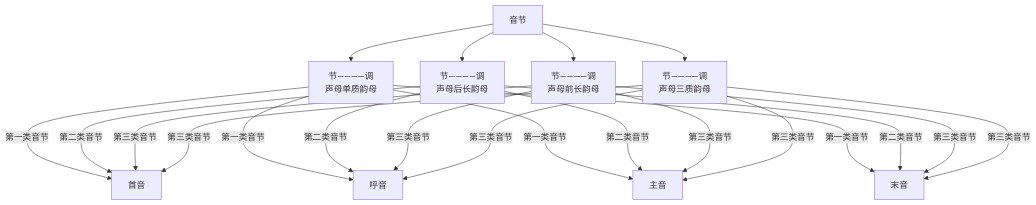
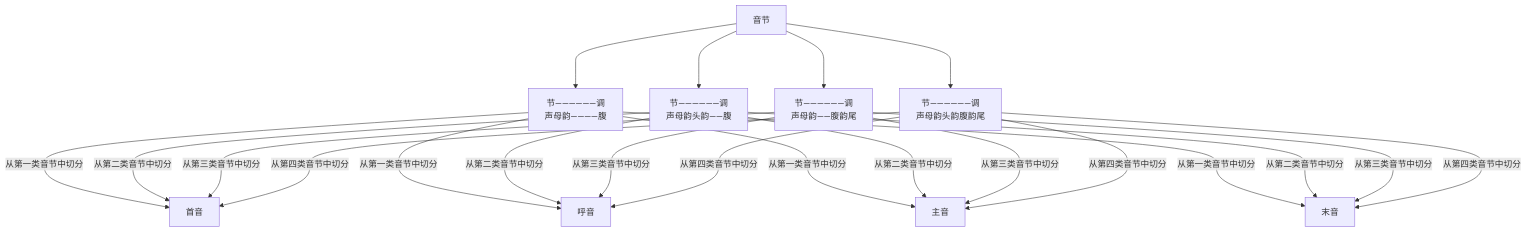
Before and after one commit to tsaanghwang/Yime-prototype: the diagram in YIME_Theory/flowchart/间接音元分析二式.mmd, drawn with Mermaid. The commit also changed 11 other files, not shown here.

```diff
--- a/YIME_Theory/flowchart/间接音元分析二式.mmd
+++ b/YIME_Theory/flowchart/间接音元分析二式.mmd
@@ -1,25 +1,25 @@
 graph TB
-    A[音节] --> B[节————调<br>声母单质韵母]
-    A --> C[节————调<br>声母后长韵母]
-    A --> D[节————调<br>声母前长韵母]
-    A --> E[节————调<br>声母三质韵母]
+    A[音节] ---> B[节——————调<br>声母韵————腹]
+    A ---> C[节——————调<br>声母韵头韵——腹]
+    A ---> D[节——————调<br>声母韵——腹韵尾]
+    A ---> E[节——————调<br>声母韵头韵腹韵尾]
 
-    B ---> |第一类音节|F[首音]
-    C ---> |第二类音节| F[首音]
-    D ---> |第三类音节| F[首音]
-    E ---> |第三类音节| F[首音]
+    B ---> |从第一类音节中切分|F[首音]
+    C ---> |从第二类音节中切分| F[首音]
+    D ---> |从第三类音节中切分| F[首音]
+    E ---> |从第四类音节中切分| F[首音]
 
-    B ---> |第一类音节|G[呼音]
-    C ---> |第二类音节| G[呼音]
-    D ---> |第三类音节| G[呼音]
-    E ---> |第三类音节| G[呼音]
+    B ---> |从第一类音节中切分|G[呼音]
+    C ---> |从第二类音节中切分| G[呼音]
+    D ---> |从第三类音节中切分| G[呼音]
+    E ---> |从第四类音节中切分| G[呼音]
 
-    B ---> |第一类音节|H[主音]
-    C ---> |第二类音节| H[主音]
-    D ---> |第三类音节| H[主音]
-    E ---> |第三类音节| H[主音]
+    B ---> |从第一类音节中切分| H[主音]
+    C ---> |从第二类音节中切分| H[主音]
+    D ---> |从第三类音节中切分| H[主音]
+    E ---> |从第四类音节中切分| H[主音]
 
-    B ---> |第一类音节|I[末音]
-    C ---> |第二类音节| I[末音]
-    D ---> |第三类音节| I[末音]
-    E ---> |第三类音节| I[末音]
+    B ---> |从第一类音节中切分| I[末音]
+    C ---> |从第二类音节中切分| I[末音]
+    D ---> |从第三类音节中切分| I[末音]
+    E ---> |从第四类音节中切分| I[末音]
```
